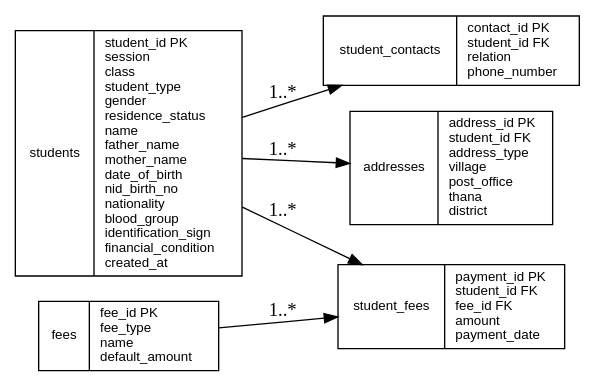
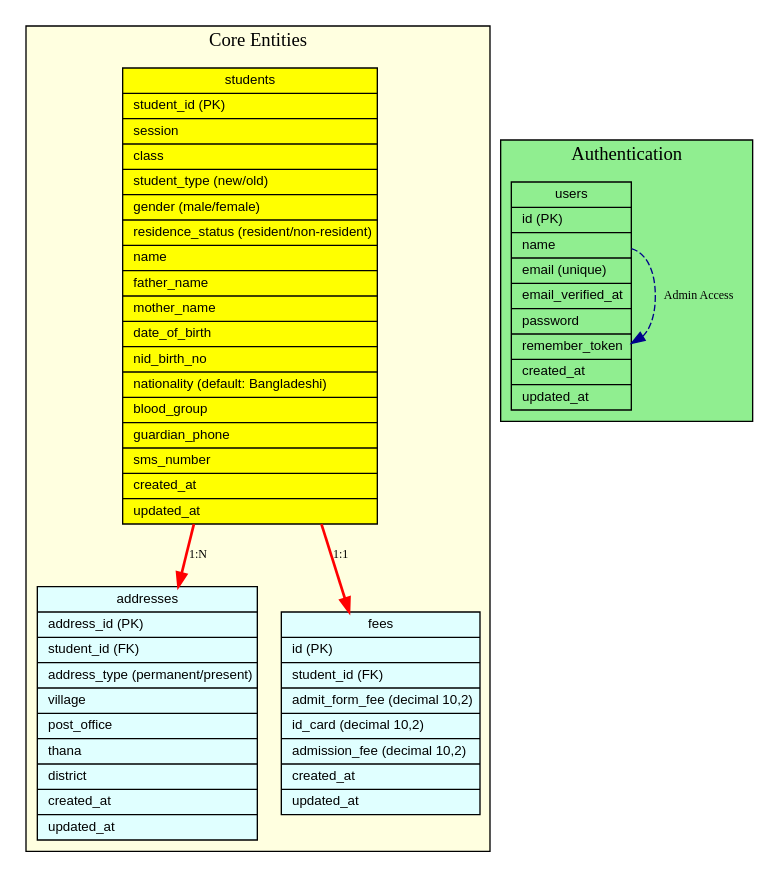
One commit to rafsaniShazid/Madrasa_management changed the diagram in schema.dot. Above: the diagram before and after it, drawn with Graphviz. The commit also changed 12 other files, not shown here.

Commit message:
made database, models and tested everything. Also updated the ER diagram

```diff
--- a/schema.dot
+++ b/schema.dot
@@ -1,20 +1,53 @@
-digraph madrasa_db {
-    rankdir=LR;
-    node [shape=record, fontname="Helvetica", fontsize=10];
-
-    students [label="{ students | student_id PK\l session\l class\l student_type\l gender\l residence_status\l name\l father_name\l mother_name\l date_of_birth\l nid_birth_no\l nationality\l blood_group\l identification_sign\l financial_condition\l created_at\l }"];
-
-    student_contacts [label="{ student_contacts | contact_id PK\l student_id FK\l relation\l phone_number\l }"];
-
-    addresses [label="{ addresses | address_id PK\l student_id FK\l address_type\l village\l post_office\l thana\l district\l }"];
-
-    fees [label="{ fees | fee_id PK\l fee_type\l name\l default_amount\l }"];
-
-    student_fees [label="{ student_fees | payment_id PK\l student_id FK\l fee_id FK\l amount\l payment_date\l }"];
-
-    # Relationships
-    students -> student_contacts [label="1..*"];
-    students -> addresses [label="1..*"];
-    students -> student_fees [label="1..*"];
-    fees -> student_fees [label="1..*"];
+digraph madrasa_management_er {
+    // Graph configuration
+    rankdir=TB;
+    node [shape=record, style=filled, fontname="Arial", fontsize=10];
+    edge [color=darkblue, fontsize=9];
+    
+    // Main entity - Students
+    students [
+        label="{students|student_id (PK)\l|session\l|class\l|student_type (new/old)\l|gender (male/female)\l|residence_status (resident/non-resident)\l|name\l|father_name\l|mother_name\l|date_of_birth\l|nid_birth_no\l|nationality (default: Bangladeshi)\l|blood_group\l|guardian_phone\l|sms_number\l|created_at\l|updated_at\l}",
+        fillcolor=yellow
+    ];
+    
+    // Related entities
+    addresses [
+        label="{addresses|address_id (PK)\l|student_id (FK)\l|address_type (permanent/present)\l|village\l|post_office\l|thana\l|district\l|created_at\l|updated_at\l}",
+        fillcolor=lightcyan
+    ];
+    
+    fees [
+        label="{fees|id (PK)\l|student_id (FK)\l|admit_form_fee (decimal 10,2)\l|id_card (decimal 10,2)\l|admission_fee (decimal 10,2)\l|created_at\l|updated_at\l}",
+        fillcolor=lightcyan
+    ];
+    
+    // Authentication & System tables
+    users [
+        label="{users|id (PK)\l|name\l|email (unique)\l|email_verified_at\l|password\l|remember_token\l|created_at\l|updated_at\l}",
+        fillcolor=lightgreen
+    ];
+    
+    // Primary relationships
+    students -> addresses [label="1:N", color=red, penwidth=2];
+    students -> fees [label="1:1", color=red, penwidth=2];
+    
+    // System relationships
+    users -> users [label="Admin Access", style=dashed];
+    
+    // Grouping for better visualization
+    subgraph cluster_main {
+        label="Core Entities";
+        style=filled;
+        fillcolor=lightyellow;
+        students;
+        addresses;
+        fees;
+    }
+    
+    subgraph cluster_auth {
+        label="Authentication";
+        style=filled;
+        fillcolor=lightgreen;
+        users;
+    }
 }
```
